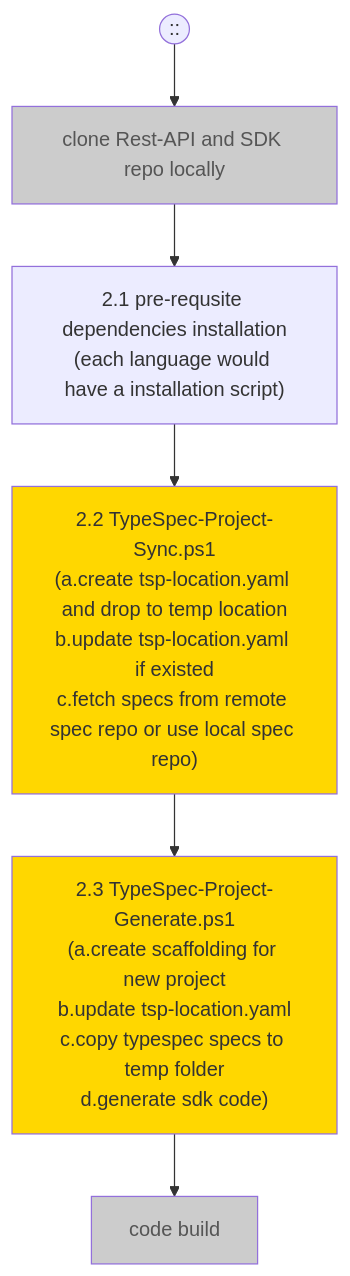
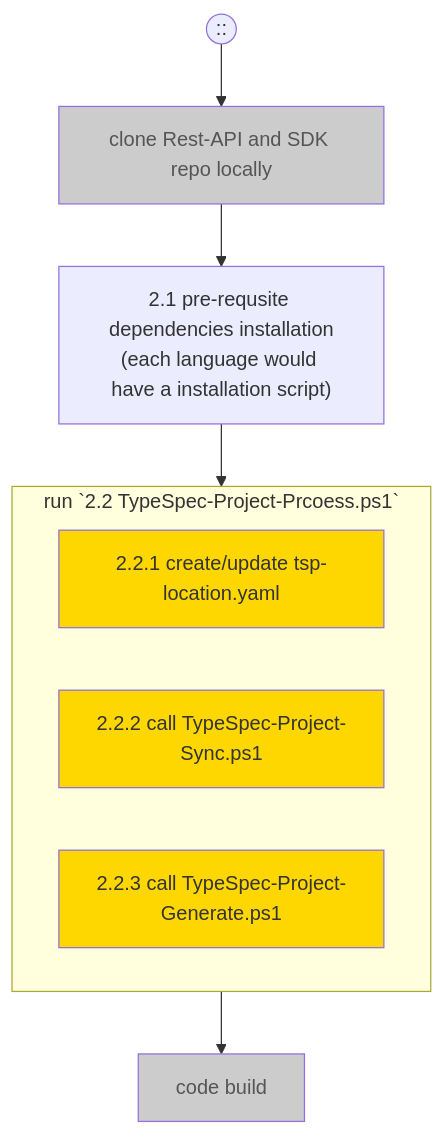
Before and after one commit to Azure/azure-rest-api-specs: the second of 5 diagrams in documentation/typespec-end-to-end-scenarios.md, drawn with Mermaid. The commit also changed other lines of this file, not shown here.

First line of the commit message:
Updated common script part in typespec e2e doc (#23875)

````diff
--- a/documentation/typespec-end-to-end-scenarios.md
+++ b/documentation/typespec-end-to-end-scenarios.md
@@ -64,21 +72,20 @@
 ```mermaid
 flowchart TD
 classDef highlight fill:#ffd700
 classDef grey fill:#CCCCCC,color:#555555;
 User((::))-->A
 A["clone Rest-API and SDK repo locally"] --> B
 B["2.1 pre-requsite dependencies installation
-(each language would have a installation script)"] --> C
-C["2.2 TypeSpec-Project-Sync.ps1
-(a.create tsp-location.yaml and drop to temp location
-b.update tsp-location.yaml if existed
-c.fetch specs from remote spec repo or use local spec repo)"] --> D
- D["2.3 TypeSpec-Project-Generate.ps1
-(a.create scaffolding for new project
-b.update tsp-location.yaml
-c.copy typespec specs to temp folder
-d.generate sdk code)"]
-D-->E["code build"]
+(each language would have a installation script)"] --> G
+subgraph G["run `2.2 TypeSpec-Project-Prcoess.ps1`"]
+  F
+  C
+  D
+end
+F["2.2.1 create/update tsp-location.yaml"]
+C["2.2.2 call TypeSpec-Project-Sync.ps1"]
+D["2.2.3 call TypeSpec-Project-Generate.ps1"]
+G-->E["code build"]
 class A,E grey
-class C,D highlight
+class C,D,F highlight
 ```
````
